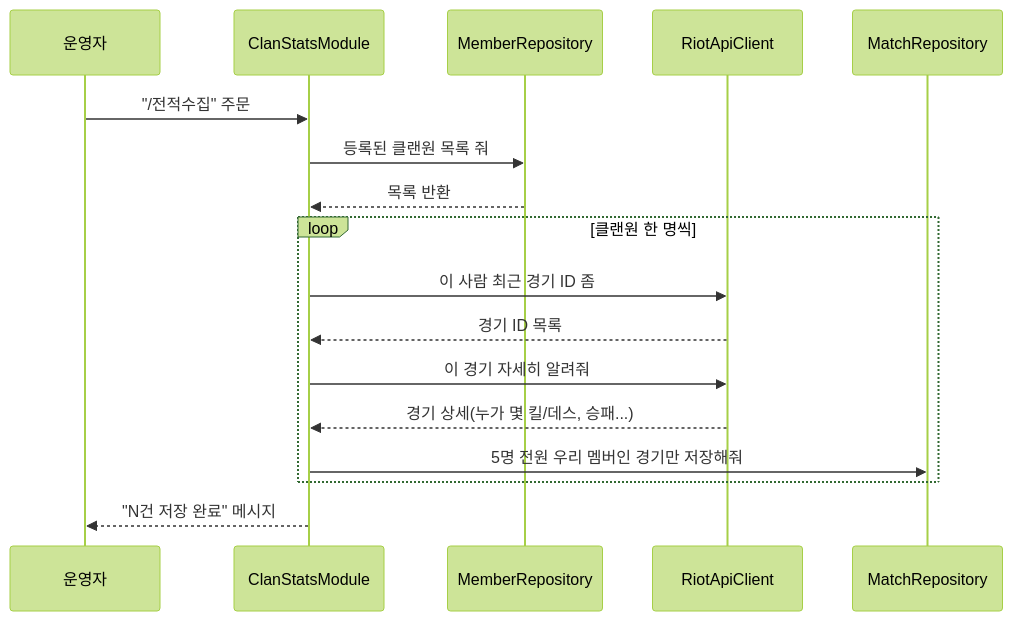
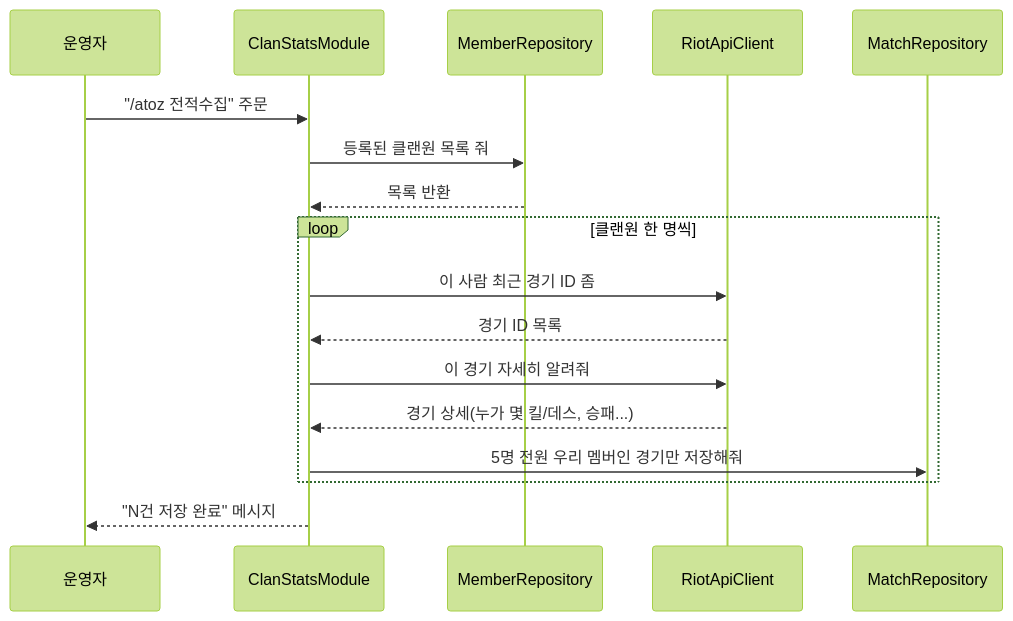
The first of 2 diagrams in ARCHITECTURE.md (jhjh1003/AzBot), drawn with Mermaid (forest theme) before and after one commit. The commit also changed other lines of this file and 14 other files, not shown here.

First line of the commit message:
밴픽추천 메타픽 기능 + op.gg 캡처(260820) 반영, /전적수집 atoz 그룹으로 이동

````diff
--- a/ARCHITECTURE.md
+++ b/ARCHITECTURE.md
@@ -35,20 +35,20 @@
 ```mermaid
 sequenceDiagram
     participant 운영자
     participant 카운터 as ClanStatsModule
     participant 멤버창고 as MemberRepository
     participant 공급업체 as RiotApiClient
     participant 경기창고 as MatchRepository
 
-    운영자->>카운터: "/전적수집" 주문
+    운영자->>카운터: "/atoz 전적수집" 주문
     카운터->>멤버창고: 등록된 클랜원 목록 줘
     멤버창고-->>카운터: 목록 반환
     loop 클랜원 한 명씩
         카운터->>공급업체: 이 사람 최근 경기 ID 좀
         공급업체-->>카운터: 경기 ID 목록
         카운터->>공급업체: 이 경기 자세히 알려줘
         공급업체-->>카운터: 경기 상세(누가 몇 킬/데스, 승패...)
         카운터->>경기창고: 5명 전원 우리 멤버인 경기만 저장해줘
     end
     카운터-->>운영자: "N건 저장 완료" 메시지
 ```
````
